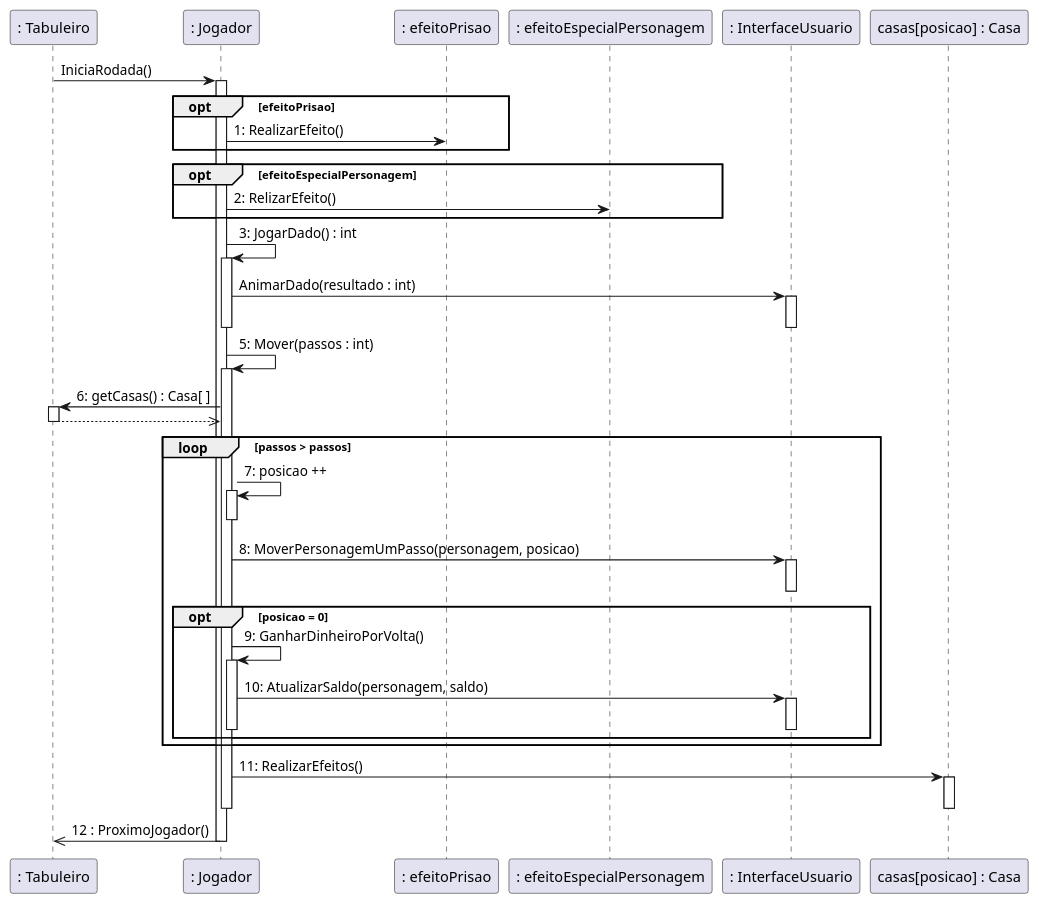
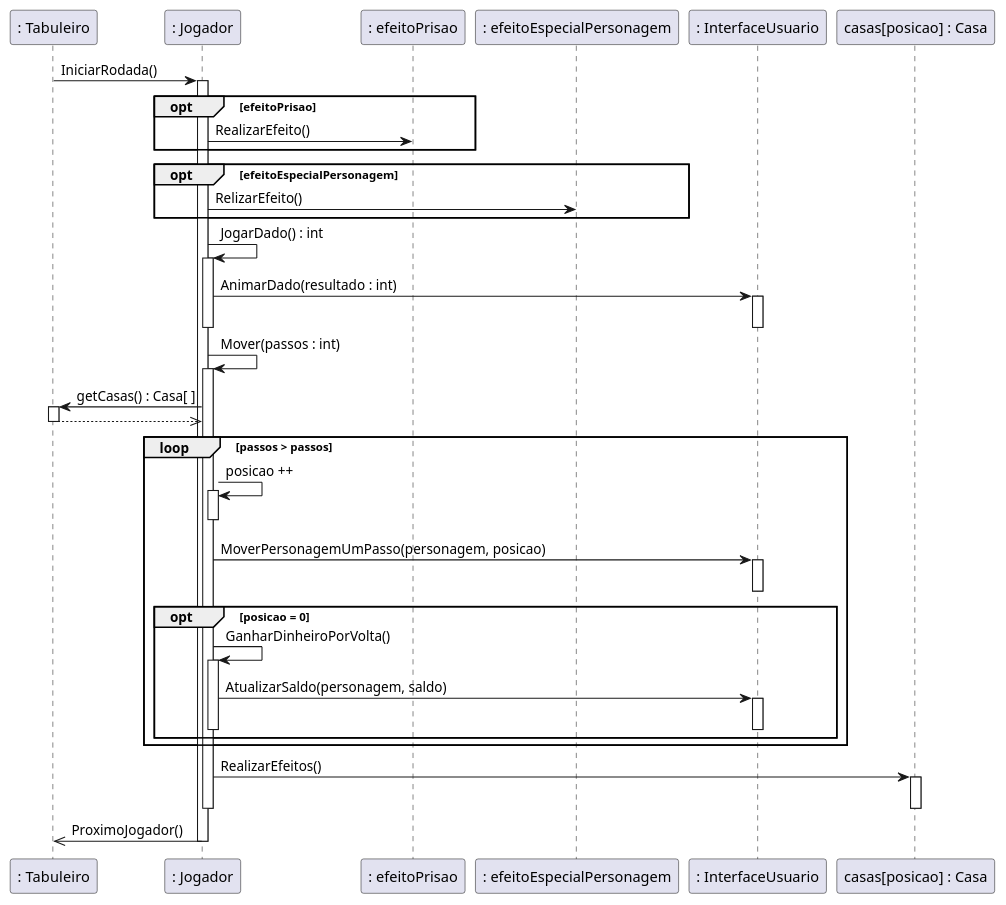
Before and after one commit to rogerpcto/ProjetoDeSoftware-UFF: the diagram in Documentação/diagrama-de-sequencia-Inicia-Rodada-e-Movimenta-Jogador.plantuml, drawn with PlantUML. The commit also changed 7 other files, not shown here.

Commit message:
Corrige diagramas de sequência

```diff
--- a/Documentação/diagrama-de-sequencia-Inicia-Rodada-e-Movimenta-Jogador.plantuml
+++ b/Documentação/diagrama-de-sequencia-Inicia-Rodada-e-Movimenta-Jogador.plantuml
@@ -1,53 +1,53 @@
 @startuml comunicacao
 
-": Tabuleiro" as Tab -> ": Jogador" as Jog : IniciaRodada()
+": Tabuleiro" as Tab -> ": Jogador" as Jog : IniciarRodada()
 activate Jog
 
 opt efeitoPrisao
-    Jog -> ": efeitoPrisao" as Pris : 1: RealizarEfeito()
+    Jog -> ": efeitoPrisao" as Pris : RealizarEfeito()
 end
 
 opt efeitoEspecialPersonagem
-    Jog -> ": efeitoEspecialPersonagem" as EFS : 2: RelizarEfeito()
+    Jog -> ": efeitoEspecialPersonagem" as EFS : RelizarEfeito()
 end 
 
-Jog -> Jog : 3: JogarDado() : int
+Jog -> Jog : JogarDado() : int
     activate Jog
     Jog -> ": InterfaceUsuario" as GUI : AnimarDado(resultado : int)
         activate GUI
         deactivate GUI
     deactivate Jog
 
-Jog -> Jog : 5: Mover(passos : int)
+Jog -> Jog : Mover(passos : int)
     activate Jog
-    Jog -> Tab: 6: getCasas() : Casa[ ]
+    Jog -> Tab: getCasas() : Casa[ ]
         activate Tab
         Tab -->> Jog
         deactivate Tab
     loop passos > passos
-        Jog -> Jog : 7: posicao ++
+        Jog -> Jog : posicao ++
         activate Jog
         deactivate Jog
-        Jog -> GUI : 8: MoverPersonagemUmPasso(personagem, posicao)
+        Jog -> GUI : MoverPersonagemUmPasso(personagem, posicao)
         activate GUI
         deactivate GUI
         opt posicao = 0
-         Jog -> Jog : 9: GanharDinheiroPorVolta()
+         Jog -> Jog : GanharDinheiroPorVolta()
          activate Jog
-            Jog -> GUI : 10: AtualizarSaldo(personagem, saldo)
+            Jog -> GUI : AtualizarSaldo(personagem, saldo)
             activate GUI
             deactivate GUI 
          deactivate Jog
         end opt
     end loop
     
-    Jog -> "casas[posicao] : Casa" as Casa : 11: RealizarEfeitos()
+    Jog -> "casas[posicao] : Casa" as Casa : RealizarEfeitos()
         activate Casa
         deactivate Casa
     deactivate Jog
 
 
-Jog ->> Tab : 12 : ProximoJogador()
+Jog ->> Tab : ProximoJogador()
 deactivate Jog
 
 @enduml
```
